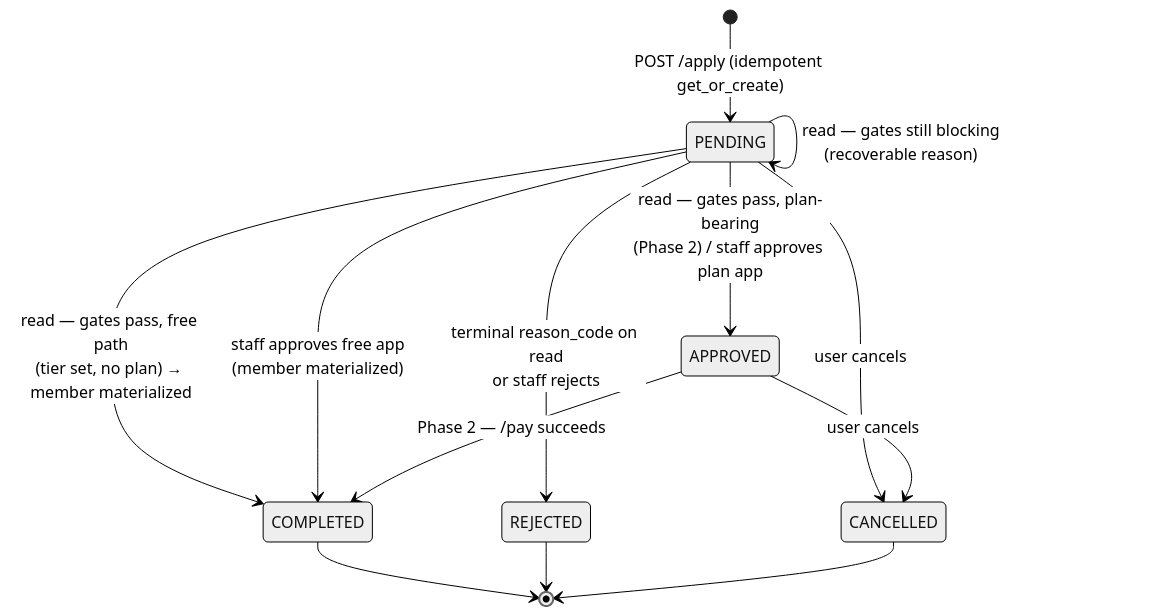
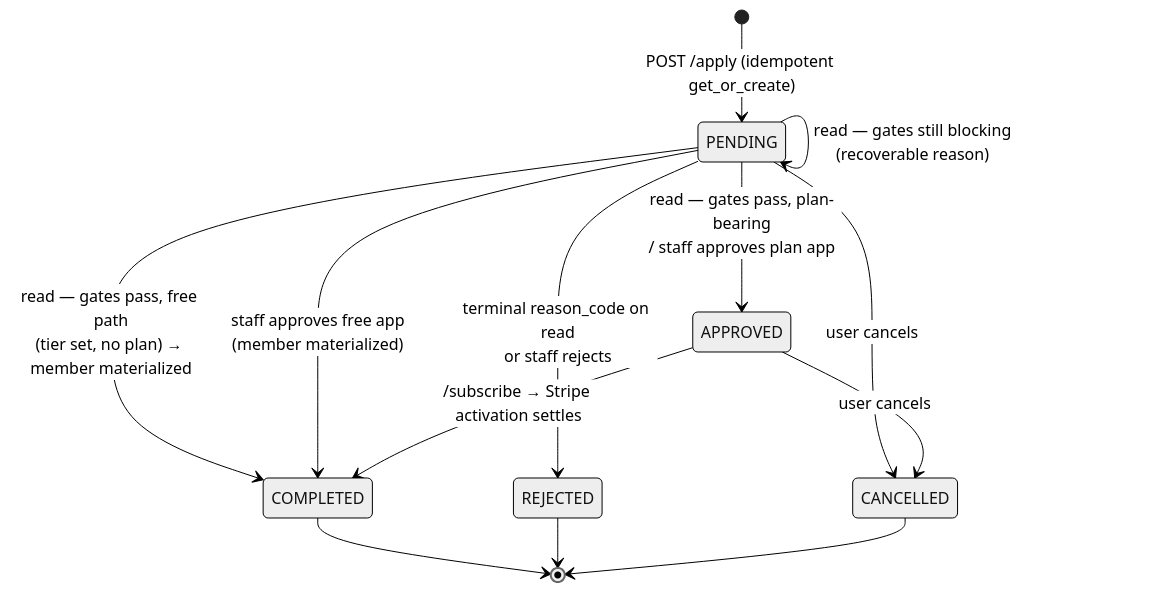
Before and after one commit to letsrevel/revel-backend: the second of 3 diagrams in docs/architecture/membership-eligibility.md, drawn with Mermaid (neutral theme). The commit also changed other lines of this file and 29 other files, not shown here.

````diff
--- a/docs/architecture/membership-eligibility.md
+++ b/docs/architecture/membership-eligibility.md
@@ -332,17 +336,17 @@
 ```mermaid
 stateDiagram-v2
     [*] --> PENDING: POST /apply (idempotent get_or_create)
 
     PENDING --> PENDING: read — gates still blocking<br/>(recoverable reason)
     PENDING --> COMPLETED: read — gates pass, free path<br/>(tier set, no plan) → member materialized
-    PENDING --> APPROVED: read — gates pass, plan-bearing<br/>(Phase 2) / staff approves plan app
+    PENDING --> APPROVED: read — gates pass, plan-bearing<br/>/ staff approves plan app
     PENDING --> COMPLETED: staff approves free app<br/>(member materialized)
     PENDING --> REJECTED: terminal reason_code on read<br/>or staff rejects
     PENDING --> CANCELLED: user cancels
     APPROVED --> CANCELLED: user cancels
-    APPROVED --> COMPLETED: Phase 2 — /pay succeeds
+    APPROVED --> COMPLETED: /subscribe → Stripe activation settles
 
     COMPLETED --> [*]
     REJECTED --> [*]
     CANCELLED --> [*]
 ```
````
